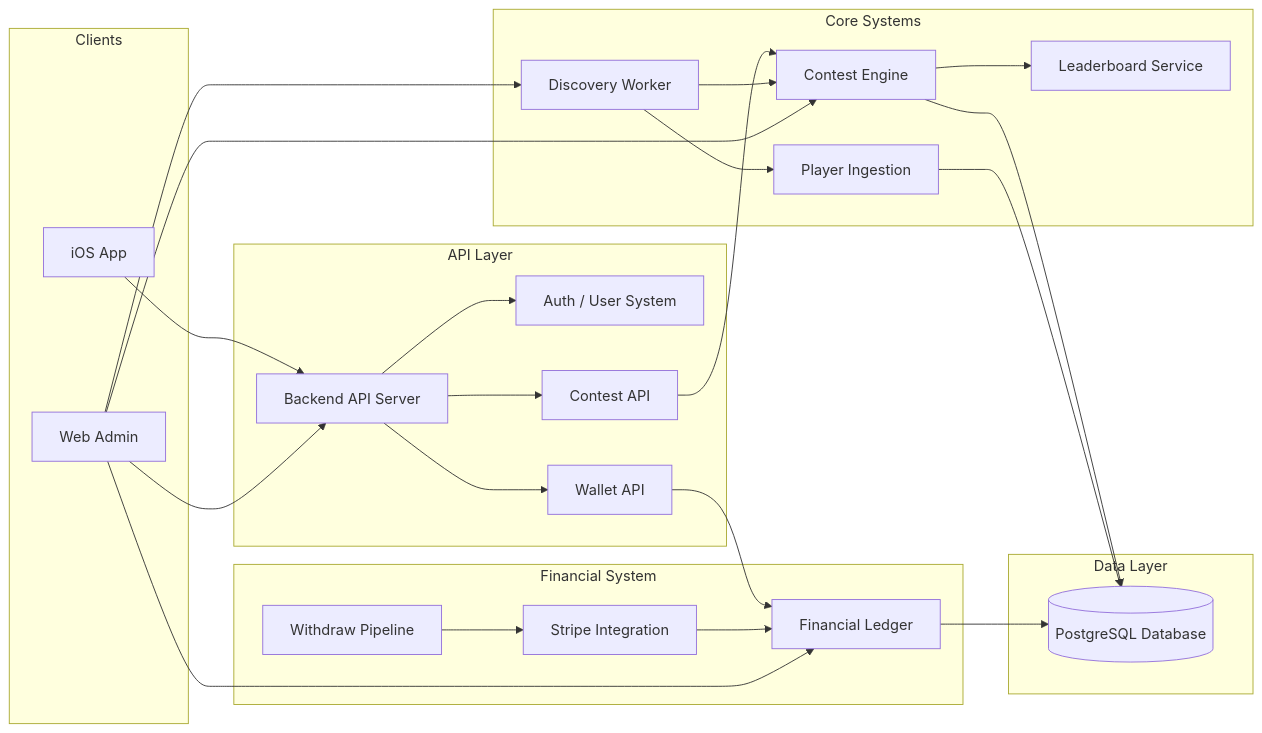
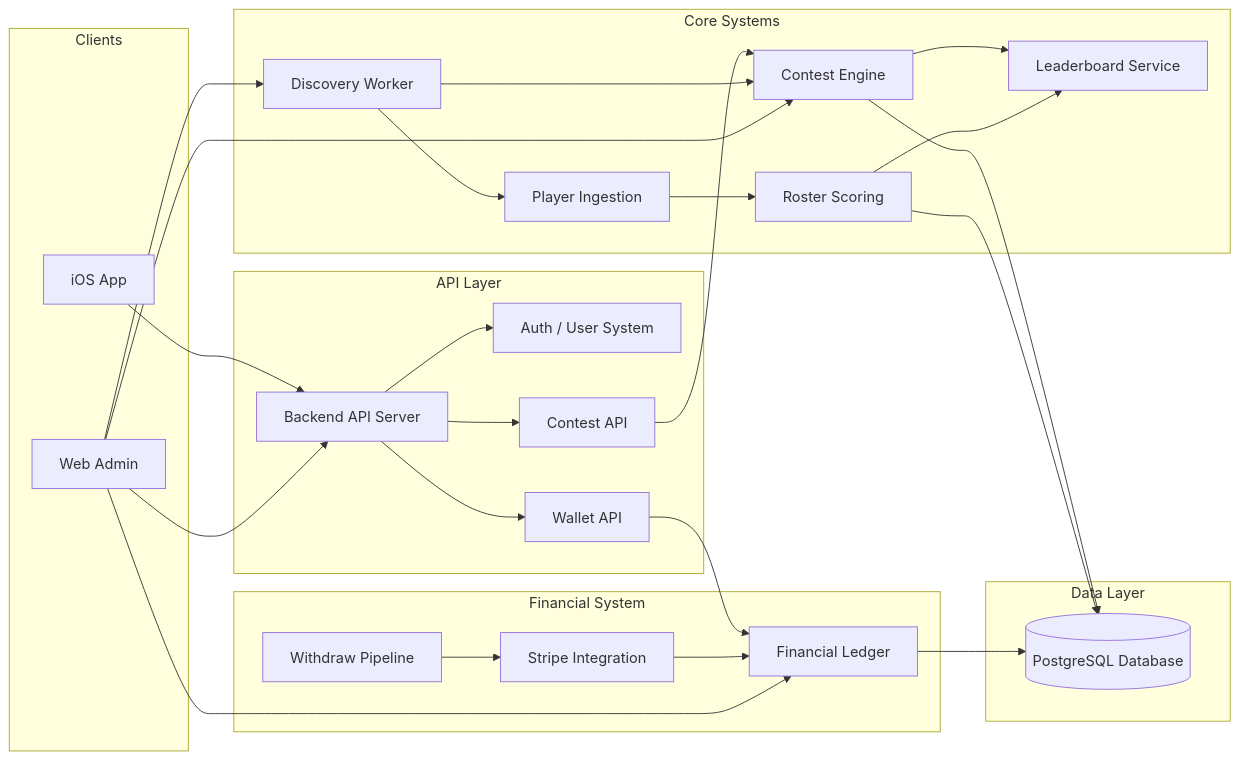
One commit to GreenbowAlabama/PlayoffChallenge changed the diagram in docs/governance/SYSTEM_BLUEPRINT.md. Above: the diagram before and after it, drawn with Mermaid. The commit also changed 5 other files, not shown here.

````diff
--- a/docs/governance/SYSTEM_BLUEPRINT.md
+++ b/docs/governance/SYSTEM_BLUEPRINT.md
@@ -45,58 +45,61 @@
 ```mermaid
 flowchart LR
 
 subgraph Clients
 IOS[iOS App]
 ADMIN[Web Admin]
 end
 
 subgraph API Layer
 API[Backend API Server]
 AUTH[Auth / User System]
 CONTEST_API[Contest API]
 WALLET_API[Wallet API]
 end
 
 subgraph Core Systems
 CONTEST_ENGINE[Contest Engine]
 DISCOVERY[Discovery Worker]
 INGESTION[Player Ingestion]
+SCORING[Roster Scoring]
 LEADERBOARD[Leaderboard Service]
 end
 
 subgraph Financial System
 LEDGER[Financial Ledger]
 PAYMENTS[Stripe Integration]
 WITHDRAWALS[Withdraw Pipeline]
 end
 
 subgraph Data Layer
 DB[(PostgreSQL Database)]
 end
 
 IOS --> API
 ADMIN --> API
 
 API --> AUTH
 API --> CONTEST_API
 API --> WALLET_API
 
 CONTEST_API --> CONTEST_ENGINE
 CONTEST_ENGINE --> LEADERBOARD
 CONTEST_ENGINE --> DB
 
 DISCOVERY --> CONTEST_ENGINE
 DISCOVERY --> INGESTION
 
-INGESTION --> DB
+INGESTION --> SCORING
+SCORING --> LEADERBOARD
+SCORING --> DB
 
 WALLET_API --> LEDGER
 LEDGER --> DB
 
 PAYMENTS --> LEDGER
 WITHDRAWALS --> PAYMENTS
 
 ADMIN --> DISCOVERY
 ADMIN --> LEDGER
 ADMIN --> CONTEST_ENGINE
 ```
````
